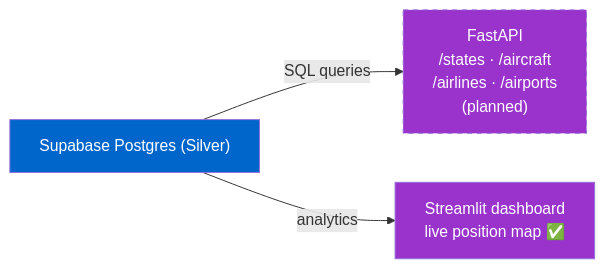
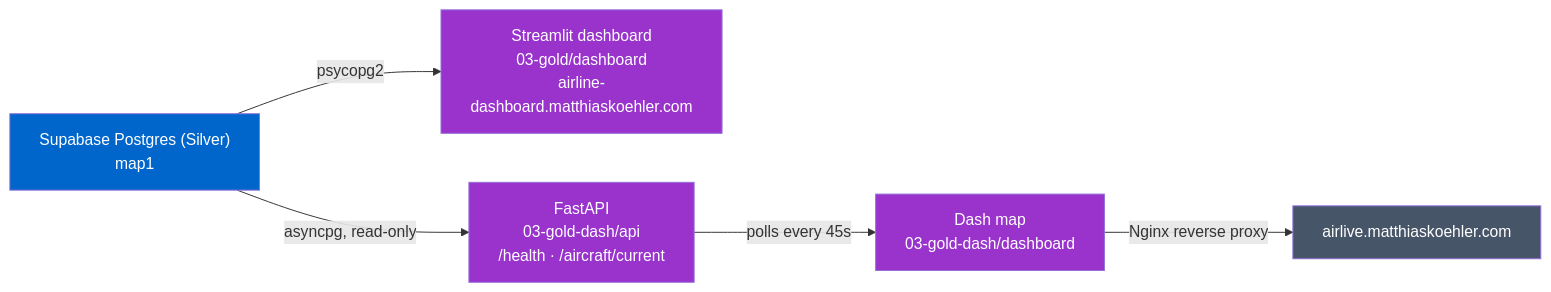
One commit to MatthiasSails/airline-data-platform changed the third of 6 diagrams in docs/architecture/README.md. Above: the diagram before and after it, drawn with Mermaid. The commit also changed other lines of this file and 16 other files, not shown here.

First line of the commit message:
Remove orphaned Jupyter tooling, redesign landing page & architecture docs (#19)

````diff
--- a/docs/architecture/README.md
+++ b/docs/architecture/README.md
@@ -99,10 +81,14 @@
 ```mermaid
 graph LR
-    PG["Supabase Postgres (Silver)"]
-    PG -->|SQL queries| API["FastAPI<br/>/states · /aircraft<br/>/airlines · /airports<br/>(planned)"]
-    PG -->|analytics| DASH["Streamlit dashboard<br/>live position map ✅"]
+    PG["Supabase Postgres (Silver)<br/>map1"]
+    PG -->|psycopg2| ST["Streamlit dashboard<br/>03-gold/dashboard<br/>airline-dashboard.matthiaskoehler.com"]
+    PG -->|asyncpg, read-only| API["FastAPI<br/>03-gold-dash/api<br/>/health · /aircraft/current"]
+    API -->|polls every 45s| DASH["Dash map<br/>03-gold-dash/dashboard"]
+    DASH -->|Nginx reverse proxy| TUN["airlive.matthiaskoehler.com"]
 
     style PG fill:#0066CC,color:#fff
-    style API fill:#9933CC,color:#fff,stroke-dasharray:5 5
+    style ST fill:#9933CC,color:#fff
+    style API fill:#9933CC,color:#fff
     style DASH fill:#9933CC,color:#fff
+    style TUN fill:#475569,color:#fff
 ```
````
